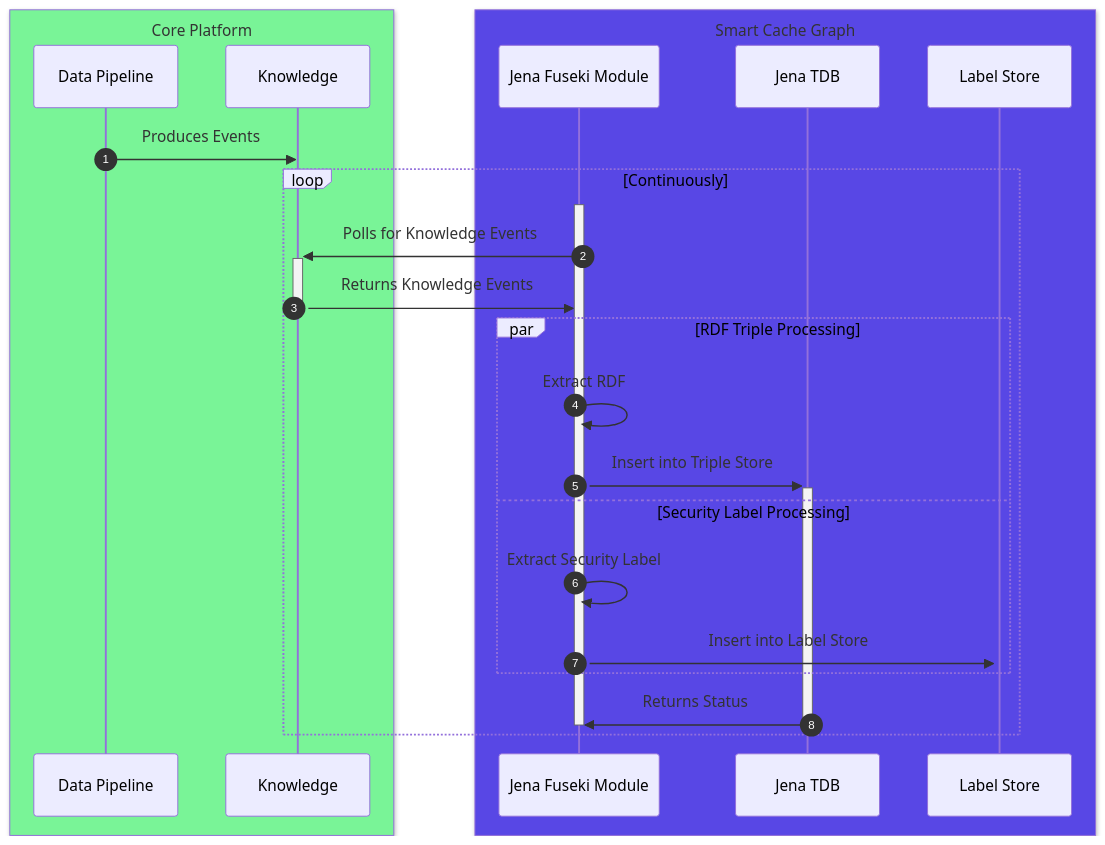
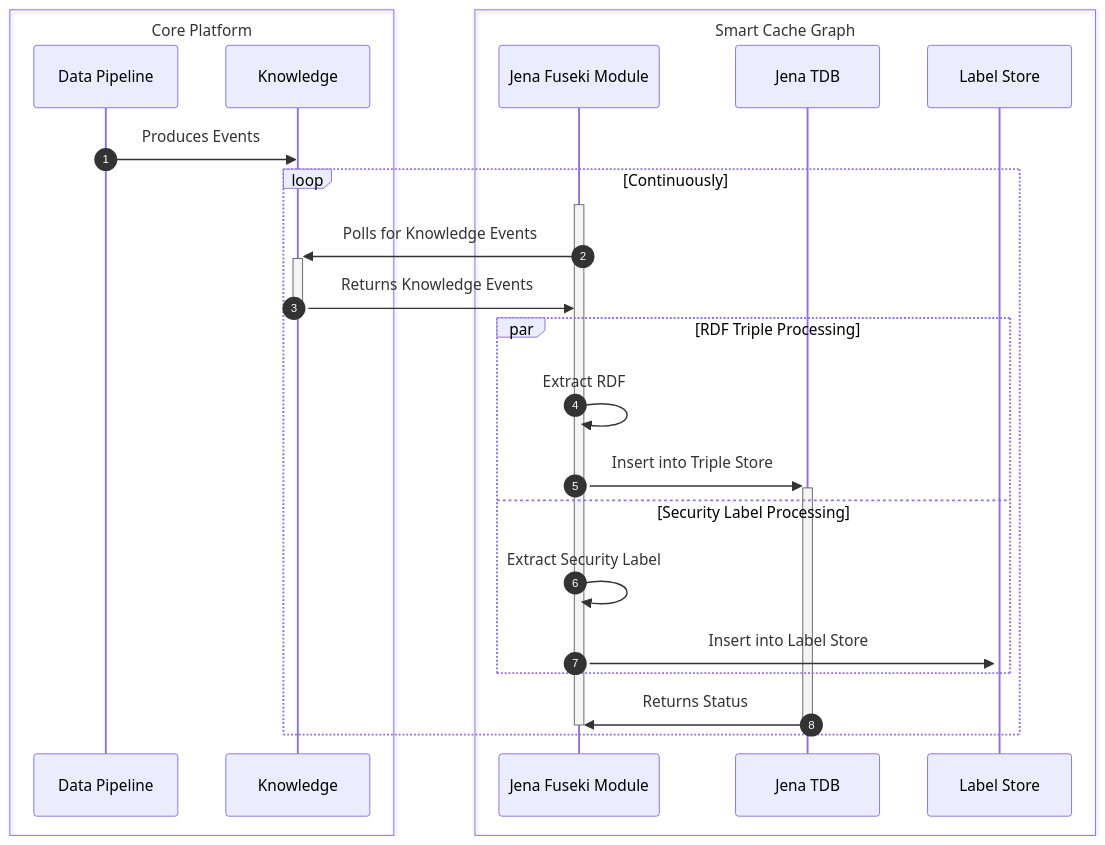
One commit to telicent-oss/smart-cache-graph changed the diagram in docs/diagrams/data_ingest_sequence.mmd. Above: the diagram before and after it, drawn with Mermaid. The commit also changed other lines of this file and 14 other files, not shown here.

Commit message:
[CORE-385] Diagram updates based on document feedback

```diff
--- a/docs/diagrams/data_ingest_sequence.mmd
+++ b/docs/diagrams/data_ingest_sequence.mmd
@@ -1,29 +1,29 @@
 sequenceDiagram
     autonumber
-    box rgb(121,244,151) Core Platform
+    box Core Platform
         participant D as Data Pipeline
         participant K as Knowledge
     end
 
-    box rgb(88,71,229) Smart Cache Graph
+    box Smart Cache Graph
         participant J as Jena Fuseki Module
         participant I as Jena TDB
         participant L as Label Store
     end
 
     D->>K: Produces Events
 
     loop Continuously
         activate J
         J->>+K: Polls for Knowledge Events
         K->>-J: Returns Knowledge Events
         par RDF Triple Processing
             J->>J: Extract RDF
             J->>+I: Insert into Triple Store
         and Security Label Processing
             J->>J: Extract Security Label
             J->>+L: Insert into Label Store
         end
         I->>-J: Returns Status
         deactivate J
     end
```
